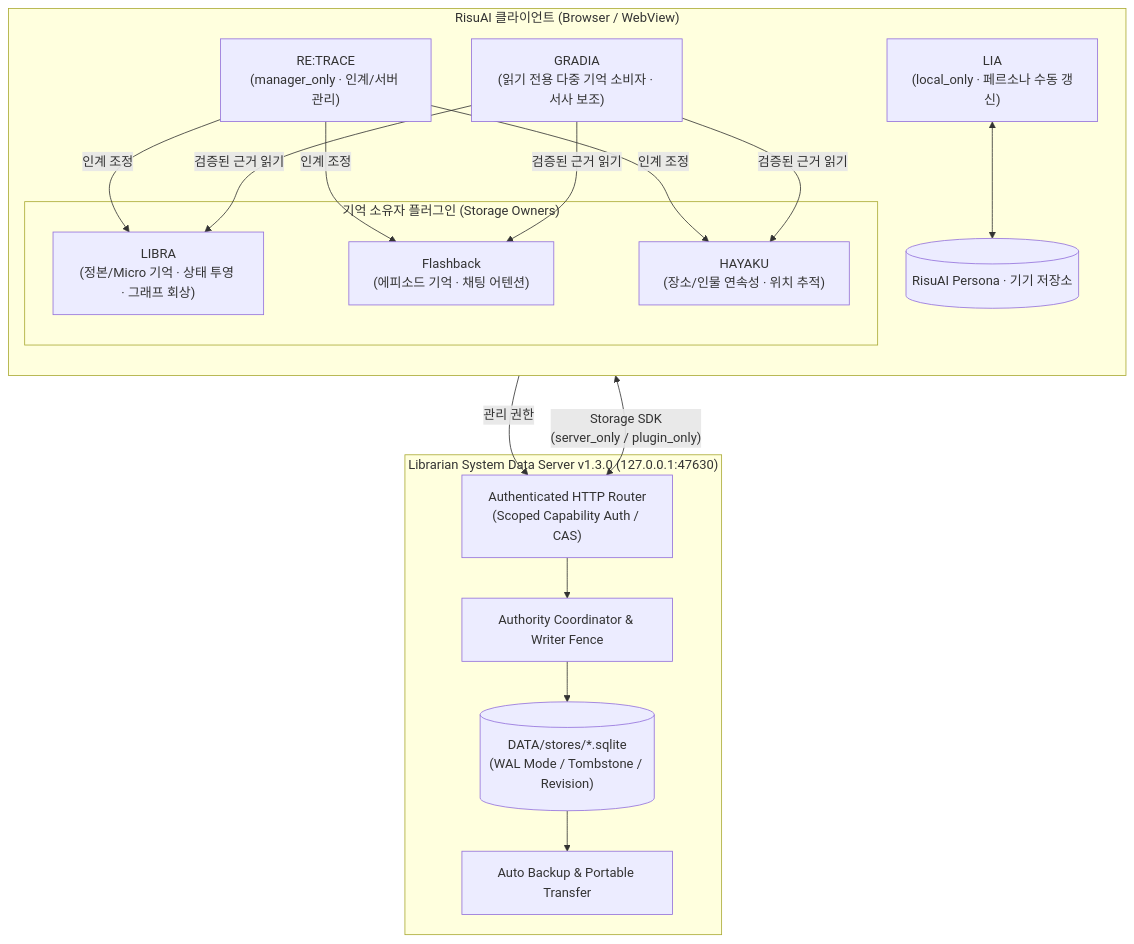
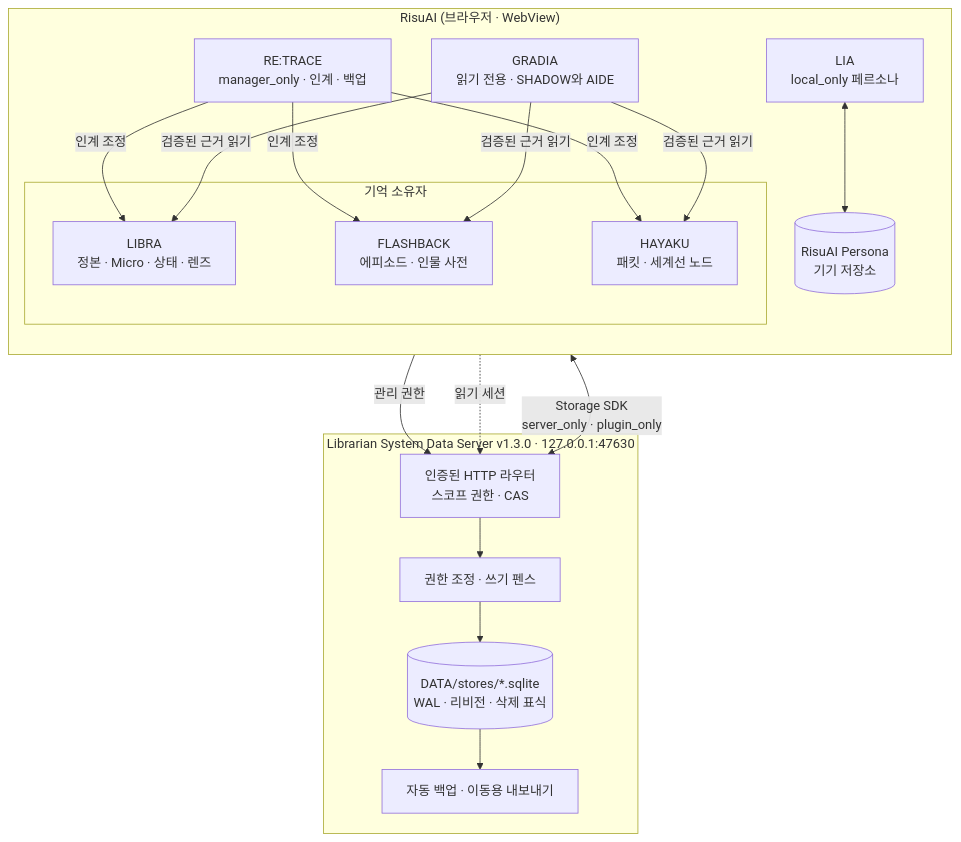
Before and after one commit to rusinus12-droid/Librarian-System: the diagram in README.md, drawn with Mermaid. The commit also changed other lines of this file and 2 other files, not shown here.

````diff
--- a/README.md
+++ b/README.md
@@ -46,30 +62,31 @@
 ```mermaid
 flowchart TB
-    subgraph Host["RisuAI 클라이언트 (Browser / WebView)"]
+    subgraph Host["RisuAI (브라우저 · WebView)"]
         direction TB
-        subgraph Owners["기억 소유자 플러그인 (Storage Owners)"]
-            LIBRA["LIBRA<br/>(정본/Micro 기억 · 상태 투영 · 그래프 회상)"]
-            FB["Flashback<br/>(에피소드 기억 · 채팅 어텐션)"]
-            HAYAKU["HAYAKU<br/>(장소/인물 연속성 · 위치 추적)"]
+        subgraph Owners["기억 소유자"]
+            LIBRA["LIBRA<br/>정본 · Micro · 상태 · 렌즈"]
+            FB["FLASHBACK<br/>에피소드 · 인물 사전"]
+            HAYAKU["HAYAKU<br/>패킷 · 세계선 노드"]
         end
-        LIA["LIA<br/>(local_only · 페르소나 수동 갱신)"]
-        Persona[("RisuAI Persona · 기기 저장소")]
+        LIA["LIA<br/>local_only 페르소나"]
+        Persona[("RisuAI Persona<br/>기기 저장소")]
         LIA <--> Persona
-        RETRACE["RE:TRACE<br/>(manager_only · 인계/서버 관리)"]
+        RETRACE["RE:TRACE<br/>manager_only · 인계 · 백업"]
         RETRACE -->|인계 조정| LIBRA & FB & HAYAKU
-        GRADIA["GRADIA<br/>(읽기 전용 다중 기억 소비자 · 서사 보조)"]
+        GRADIA["GRADIA<br/>읽기 전용 · SHADOW와 AIDE"]
         GRADIA -->|검증된 근거 읽기| LIBRA & FB & HAYAKU
     end
 
-    subgraph Server["Librarian System Data Server v1.3.0 (127.0.0.1:47630)"]
-        Router["Authenticated HTTP Router<br/>(Scoped Capability Auth / CAS)"]
-        Coord["Authority Coordinator & Writer Fence"]
-        SQLite[("DATA/stores/*.sqlite<br/>(WAL Mode / Tombstone / Revision)")]
-        Backup["Auto Backup & Portable Transfer"]
+    subgraph Server["Librarian System Data Server v1.3.0 · 127.0.0.1:47630"]
+        Router["인증된 HTTP 라우터<br/>스코프 권한 · CAS"]
+        Coord["권한 조정 · 쓰기 펜스"]
+        SQLite[("DATA/stores/*.sqlite<br/>WAL · 리비전 · 삭제 표식")]
+        Backup["자동 백업 · 이동용 내보내기"]
         Router --> Coord --> SQLite
         SQLite --> Backup
     end
 
-    Owners <-->|"Storage SDK<br/>(server_only / plugin_only)"| Router
+    Owners <-->|"Storage SDK<br/>server_only · plugin_only"| Router
     RETRACE -->|관리 권한| Router
+    GRADIA -.->|읽기 세션| Router
 ```
````
